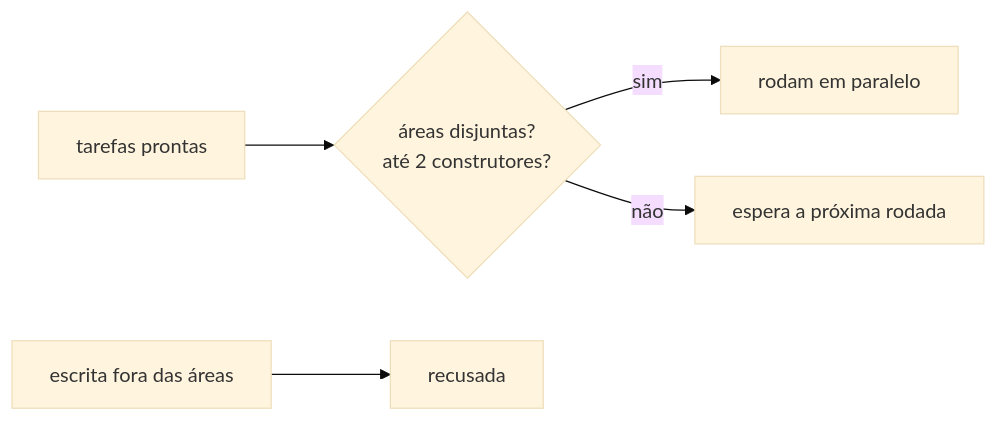
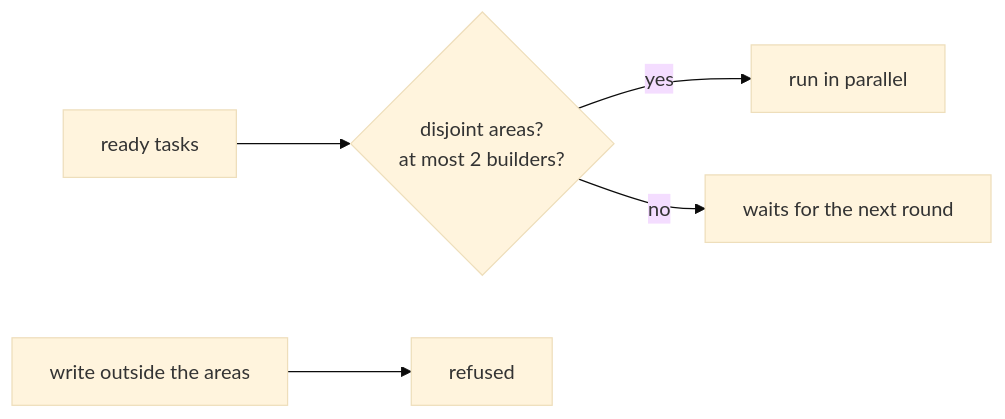
The diagram in docs/tasks/en/E5-parallelism-and-fault-tolerance/FAB-503-parallel-tasks-without-file-contention.md (enzoconsulo/factory-tcc), drawn with Mermaid (base theme) before and after one commit. The commit also changed 52 other files, not shown here.

````diff
--- a/docs/tasks/en/E5-parallelism-and-fault-tolerance/FAB-503-parallel-tasks-without-file-contention.md
+++ b/docs/tasks/en/E5-parallelism-and-fault-tolerance/FAB-503-parallel-tasks-without-file-contention.md
@@ -11,7 +11,7 @@
 ```mermaid
 flowchart LR
-  P["tarefas prontas"] --> L{"áreas disjuntas?<br/>até 2 construtores?"}
-  L -- "sim" --> R["rodam em paralelo"]
-  L -- "não" --> E["espera a próxima rodada"]
-  W["escrita fora das áreas"] --> X["recusada"]
+  P["ready tasks"] --> L{"disjoint areas?<br/>at most 2 builders?"}
+  L -- "yes" --> R["run in parallel"]
+  L -- "no" --> E["waits for the next round"]
+  W["write outside the areas"] --> X["refused"]
 ```
````
